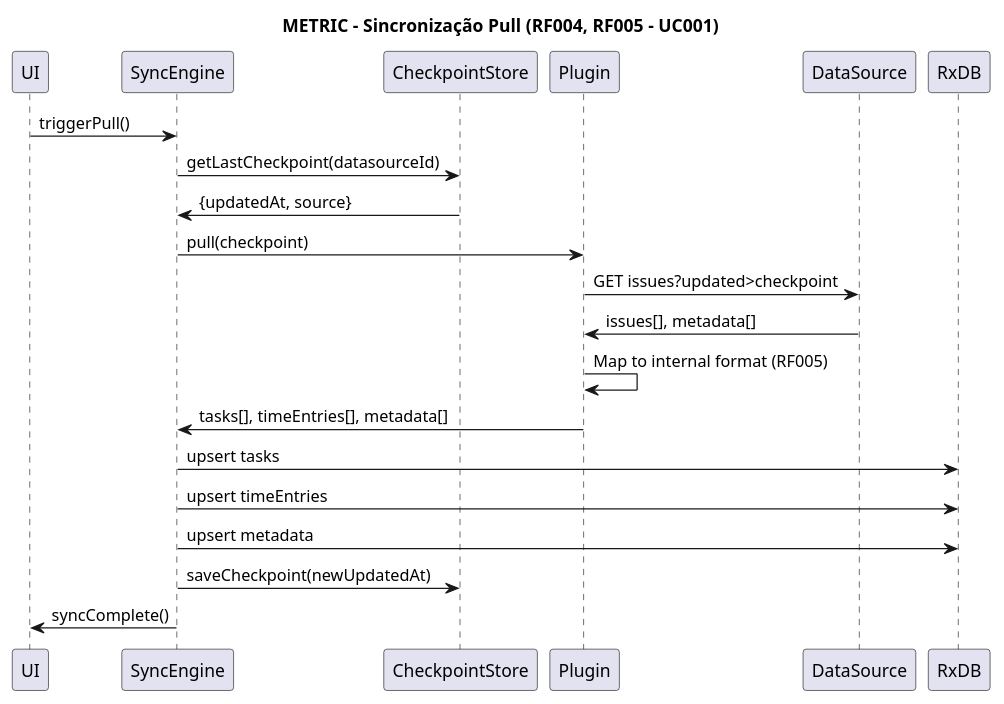
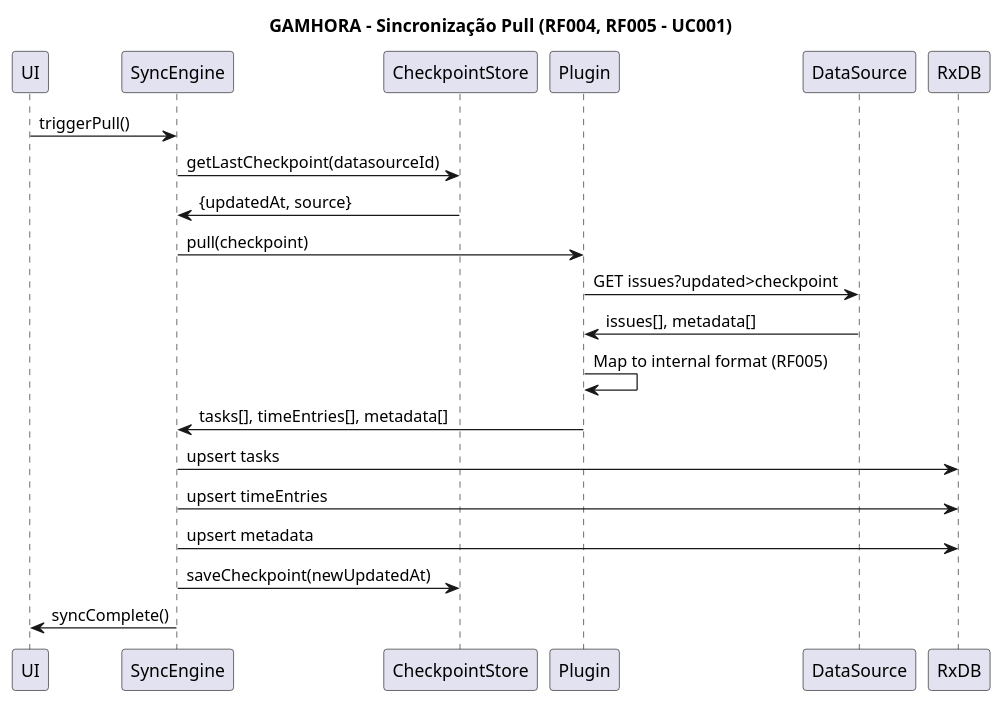
The diagram in docs/srs/diagrams/puml/integration/diagram-integration-004-sync-pull.puml (Gustavohps10/gamhora), drawn with PlantUML before and after one commit. The commit also changed 323 other files, not shown here.

Commit message:
feat(core): rebrand from Metric to Gamhora, setup typecheck pipeline and strict typings

```diff
--- a/docs/srs/diagrams/puml/integration/diagram-integration-004-sync-pull.puml
+++ b/docs/srs/diagrams/puml/integration/diagram-integration-004-sync-pull.puml
@@ -1,26 +1,26 @@
 @startuml IntegrationSyncPull
-title METRIC - Sincronização Pull (RF004, RF005 - UC001)
+title GAMHORA - Sincronização Pull (RF004, RF005 - UC001)
 participant UI
 participant SyncEngine
 participant CheckpointStore
 participant Plugin
 participant DataSource
 participant RxDB
 
 UI -> SyncEngine: triggerPull()
 SyncEngine -> CheckpointStore: getLastCheckpoint(datasourceId)
 CheckpointStore -> SyncEngine: {updatedAt, source}
 
 SyncEngine -> Plugin: pull(checkpoint)
 Plugin -> DataSource: GET issues?updated>checkpoint
 DataSource -> Plugin: issues[], metadata[]
 Plugin -> Plugin: Map to internal format (RF005)
 
 Plugin -> SyncEngine: tasks[], timeEntries[], metadata[]
 SyncEngine -> RxDB: upsert tasks
 SyncEngine -> RxDB: upsert timeEntries
 SyncEngine -> RxDB: upsert metadata
 
 SyncEngine -> CheckpointStore: saveCheckpoint(newUpdatedAt)
 SyncEngine -> UI: syncComplete()
 @enduml
```
